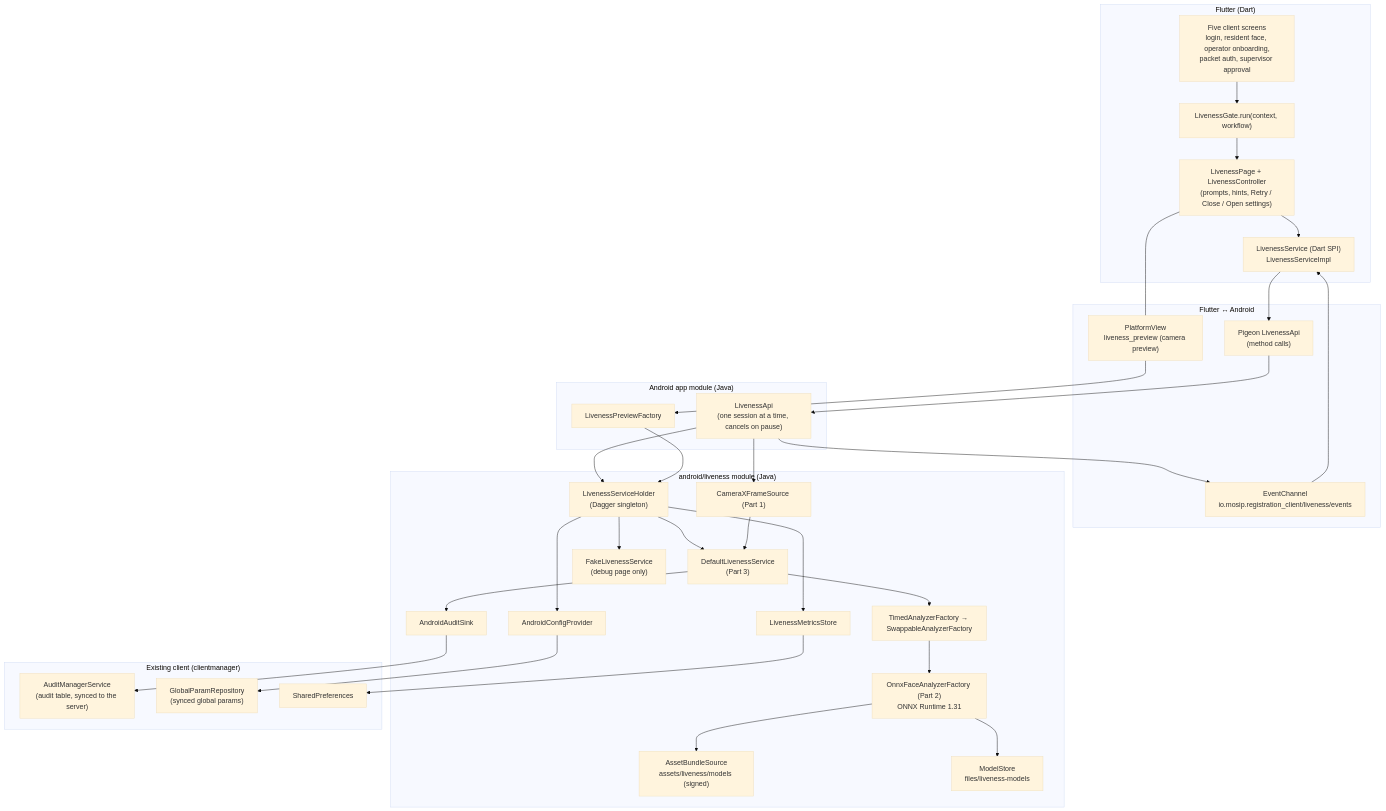
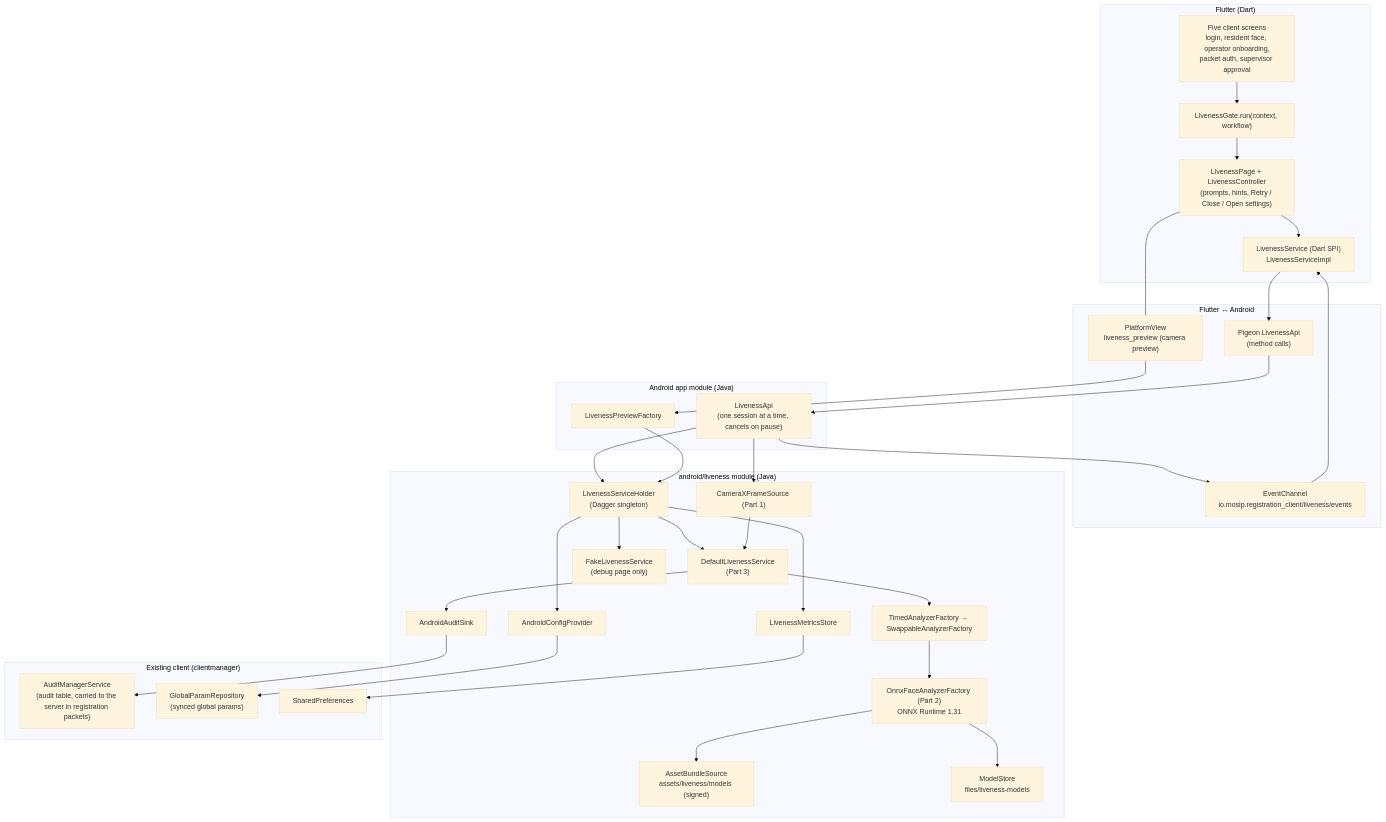
The first of 11 diagrams in docs/part5-android-integration.md (ChadDadChag/Mosip26), drawn with Mermaid (base theme) before and after one commit. The commit also changed other lines of this file and 2 other files, not shown here.

````diff
--- a/docs/part5-android-integration.md
+++ b/docs/part5-android-integration.md
@@ -40,58 +40,58 @@
 ```mermaid
 flowchart TB
   subgraph Flutter["Flutter (Dart)"]
     Screens["Five client screens<br/>login, resident face, operator onboarding,<br/>packet auth, supervisor approval"]
     Gate["LivenessGate.run(context, workflow)"]
     Page["LivenessPage + LivenessController<br/>(prompts, hints, Retry / Close / Open settings)"]
     Svc["LivenessService (Dart SPI)<br/>LivenessServiceImpl"]
     Screens --> Gate --> Page --> Svc
   end
   subgraph Bridge["Flutter ↔ Android"]
     Pigeon["Pigeon LivenessApi<br/>(method calls)"]
     Events["EventChannel<br/>io.mosip.registration_client/liveness/events"]
     Preview["PlatformView<br/>liveness_preview (camera preview)"]
   end
   Svc --> Pigeon
   Events --> Svc
   Page --- Preview
   subgraph App["Android app module (Java)"]
     Api["LivenessApi<br/>(one session at a time, cancels on pause)"]
     PrevF["LivenessPreviewFactory"]
   end
   Pigeon --> Api
   Api --> Events
   Preview --> PrevF
   subgraph Module["android/liveness module (Java)"]
     Holder["LivenessServiceHolder<br/>(Dagger singleton)"]
     Real["DefaultLivenessService<br/>(Part 3)"]
     Fake["FakeLivenessService<br/>(debug page only)"]
     Timed["TimedAnalyzerFactory → SwappableAnalyzerFactory"]
     Onnx["OnnxFaceAnalyzerFactory (Part 2)<br/>ONNX Runtime 1.31"]
     Assets["AssetBundleSource<br/>assets/liveness/models (signed)"]
     Store["ModelStore<br/>files/liveness-models"]
     Cam["CameraXFrameSource (Part 1)"]
     Audit["AndroidAuditSink"]
     Cfg["AndroidConfigProvider"]
     Metrics["LivenessMetricsStore"]
   end
   Api --> Holder
   PrevF --> Holder
   Api --> Cam
   Holder --> Real
   Holder --> Fake
   Real --> Timed --> Onnx
   Onnx --> Assets
   Onnx --> Store
   Real --> Audit
   Holder --> Cfg
   Holder --> Metrics
   Cam --> Real
   subgraph Client["Existing client (clientmanager)"]
-    AMS["AuditManagerService<br/>(audit table, synced to the server)"]
+    AMS["AuditManagerService<br/>(audit table, carried to the server in registration packets)"]
     GPR["GlobalParamRepository<br/>(synced global params)"]
     Prefs["SharedPreferences"]
   end
   Audit --> AMS
   Cfg --> GPR
   Metrics --> Prefs
 ```
````
